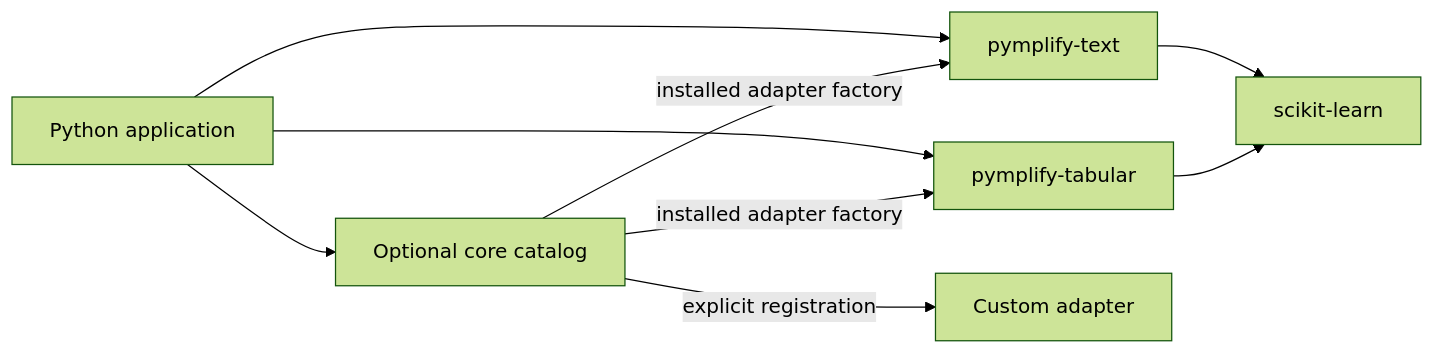
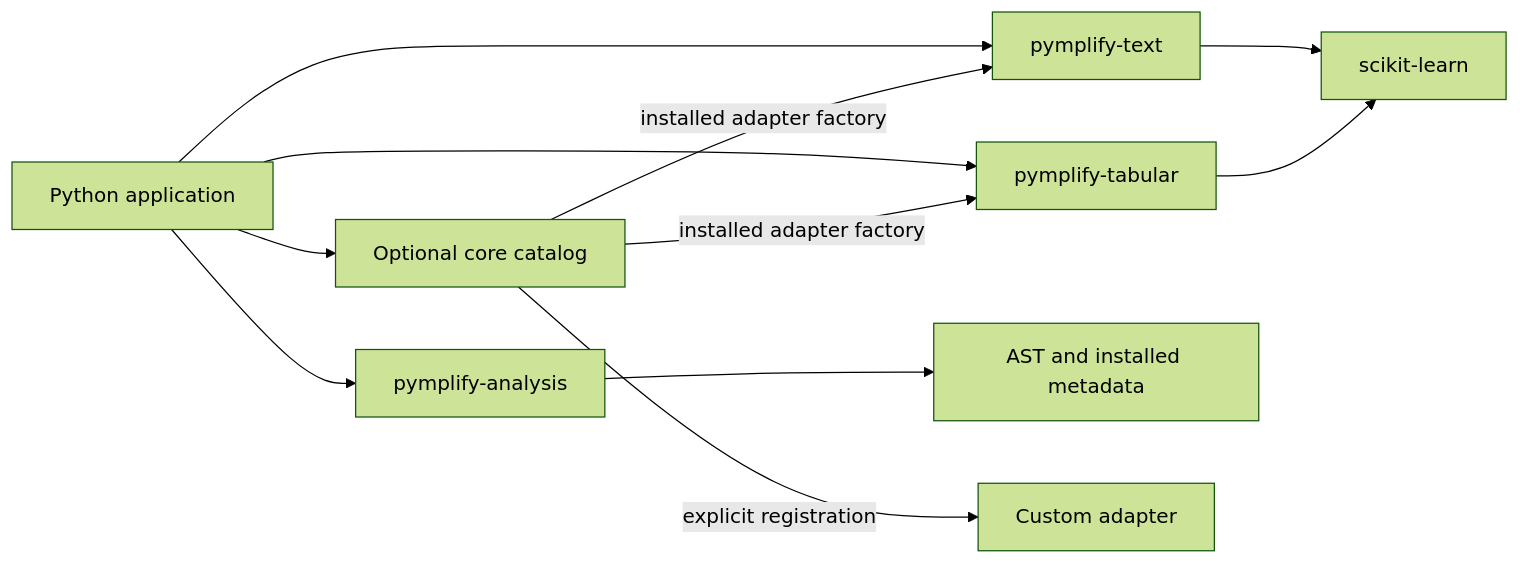
One commit to knbww/pymplify changed the diagram in docs/architecture.md. Above: the diagram before and after it, drawn with Mermaid (forest theme). The commit also changed other lines of this file and 30 other files, not shown here.

Commit message:
Add static source analysis and explicit candidate validation

````diff
--- a/docs/architecture.md
+++ b/docs/architecture.md
@@ -7,11 +7,13 @@
 ```mermaid
 flowchart LR
     User[Python application] --> Catalog[Optional core catalog]
     User --> Text[pymplify-text]
     User --> Tabular[pymplify-tabular]
+    User --> Analysis[pymplify-analysis]
+    Analysis --> Source[AST and installed metadata]
     Catalog -->|installed adapter factory| Text
     Catalog -->|installed adapter factory| Tabular
     Catalog -->|explicit registration| Custom[Custom adapter]
     Text --> Sklearn[scikit-learn]
     Tabular --> Sklearn
 ```
````
